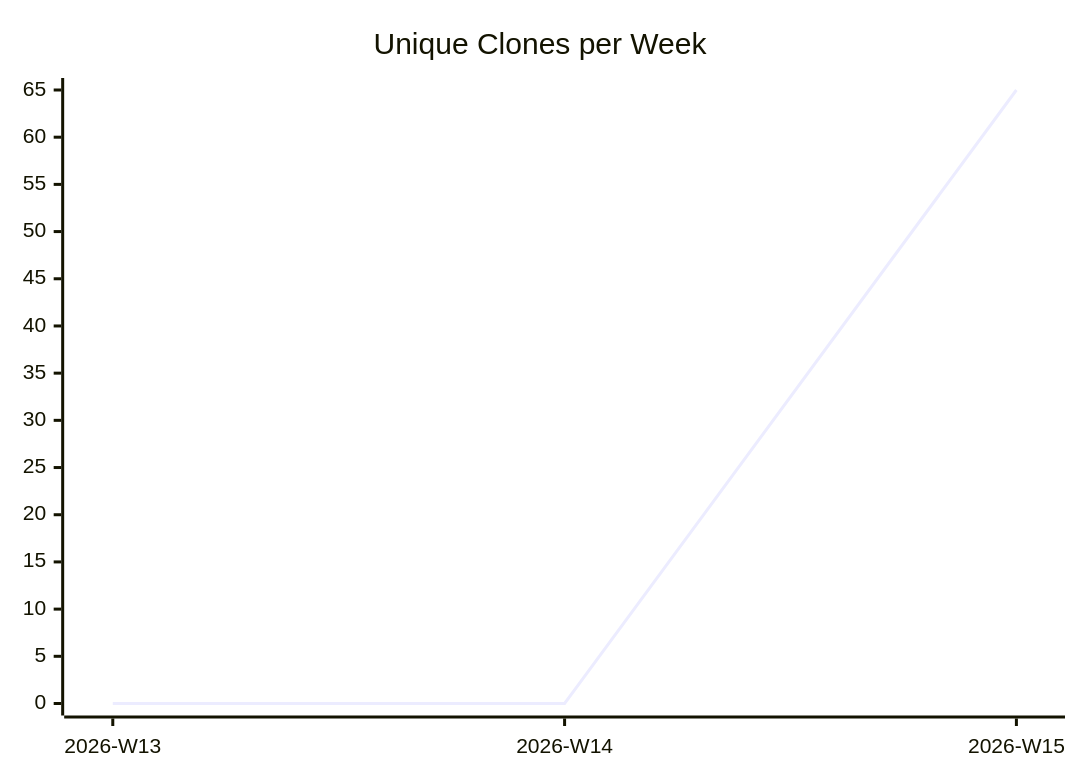
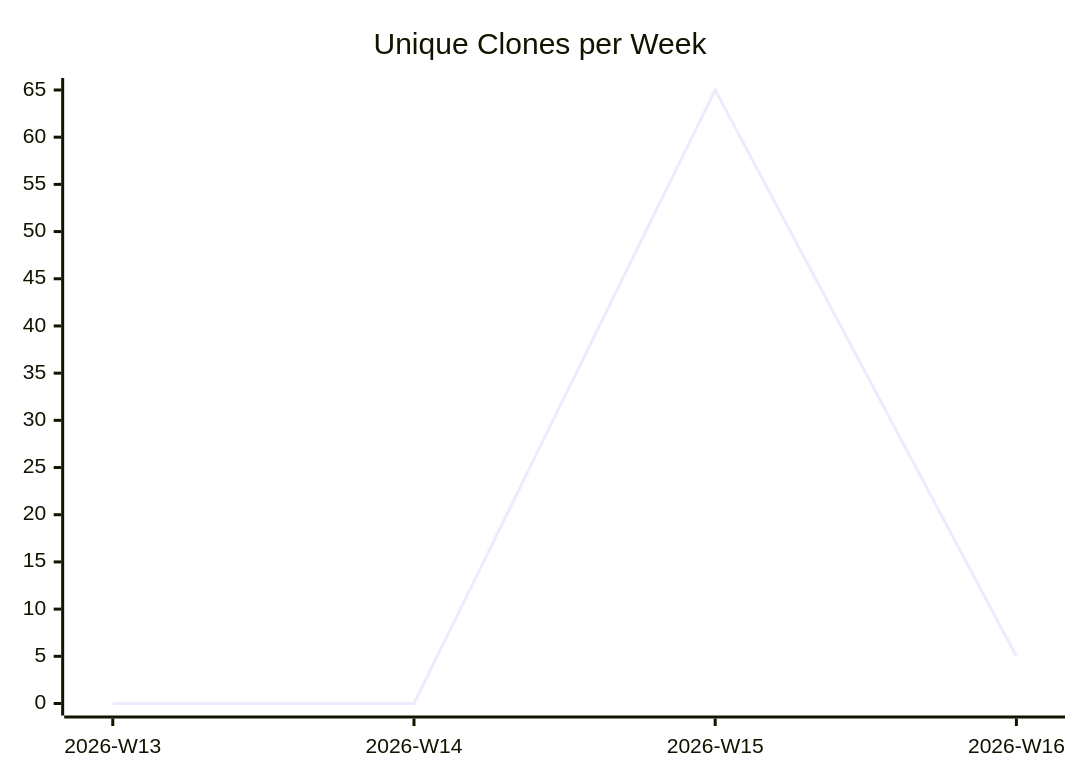
The third of 3 diagrams in justdavis-family/github-analytics-data/README.md (justdavis-family/github-analytics-data), drawn with Mermaid before and after one commit. The commit also changed other lines of this file and 173 other files, not shown here.

````diff
--- a/justdavis-family/github-analytics-data/README.md
+++ b/justdavis-family/github-analytics-data/README.md
@@ -19,6 +19,6 @@
 ```mermaid
 xychart-beta
   title "Unique Clones per Week"
-  x-axis ["2026-W13", "2026-W14", "2026-W15"]
-  line [0, 0, 65]
+  x-axis ["2026-W13", "2026-W14", "2026-W15", "2026-W16"]
+  line [0, 0, 65, 5]
 ```
````
